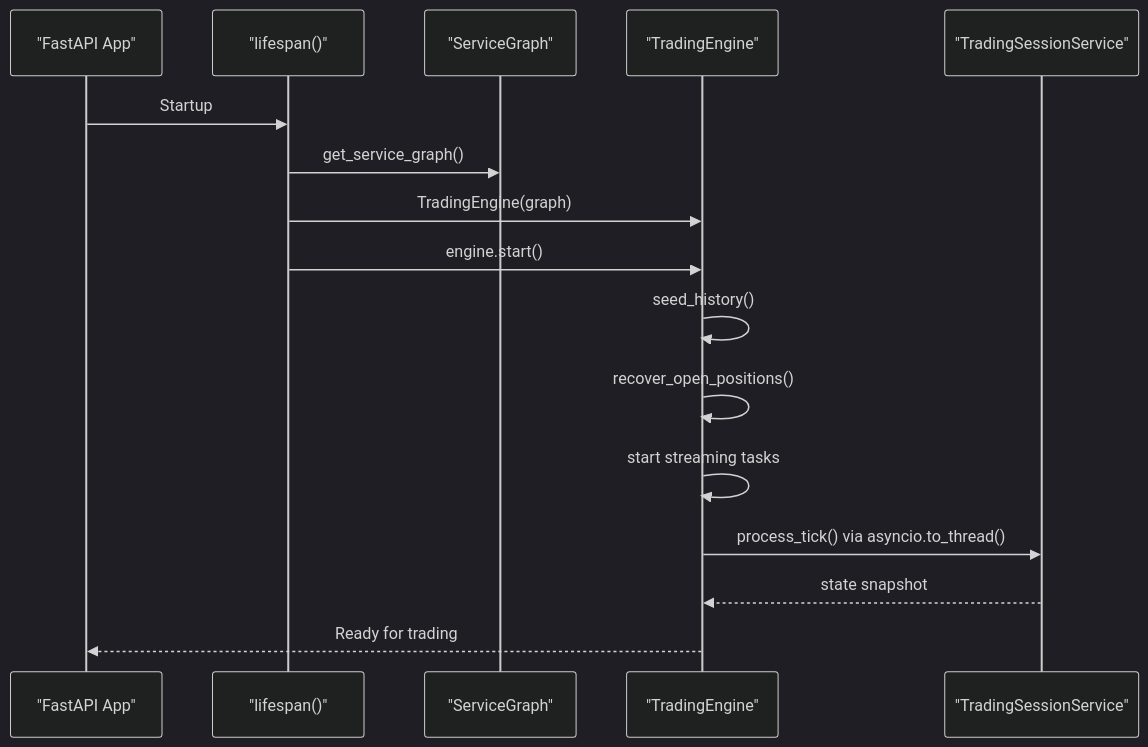
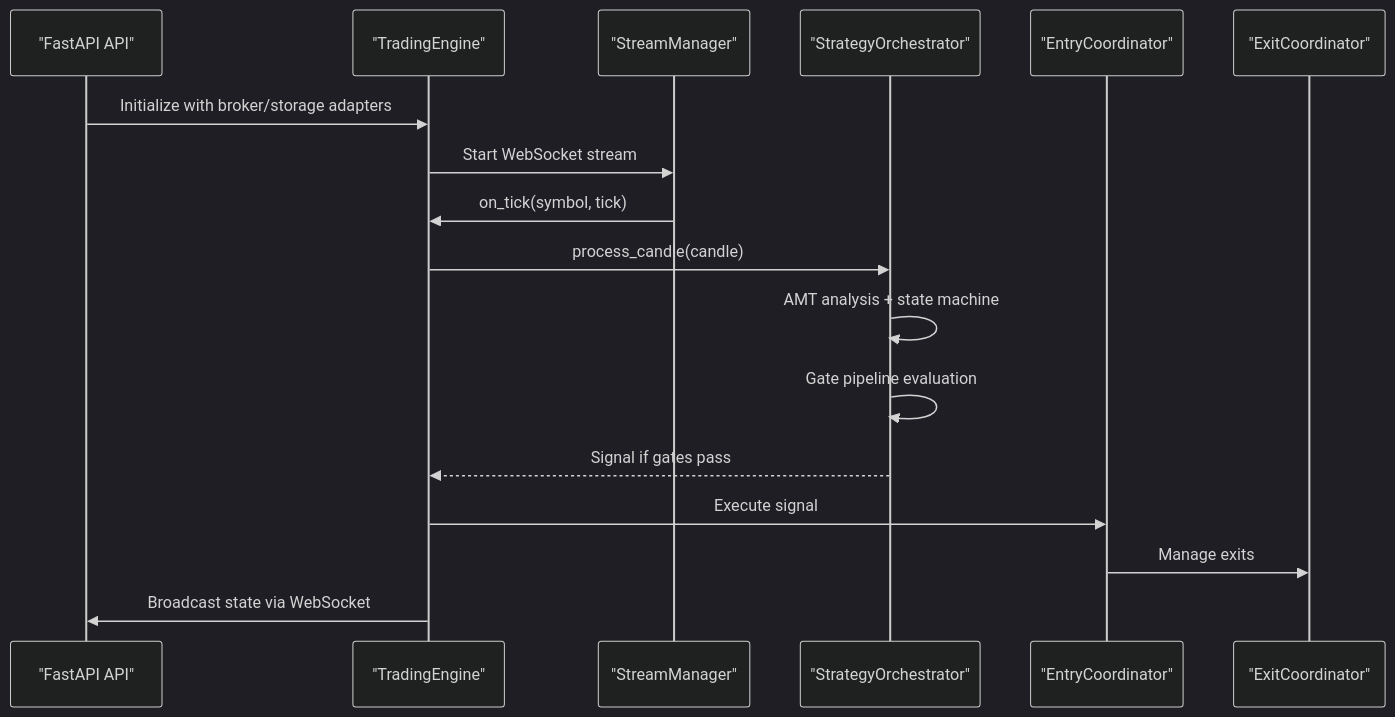
The third of 9 diagrams in .qoder/repowiki/en/content/System Overview/Architecture Overview.md (gemrajkhatry-maker/v5-of-glassytrade-ai), drawn with Mermaid (dark theme) before and after one commit. The commit also changed other lines of this file and 930 other files, not shown here.

````diff
--- a/.qoder/repowiki/en/content/System Overview/Architecture Overview.md
+++ b/.qoder/repowiki/en/content/System Overview/Architecture Overview.md
@@ -177,18 +178,19 @@
 ```mermaid
 sequenceDiagram
-participant App as "FastAPI App"
-participant Lifespan as "lifespan()"
-participant Graph as "ServiceGraph"
-participant Engine as "TradingEngine"
-participant Session as "TradingSessionService"
-App->>Lifespan : Startup
-Lifespan->>Graph : get_service_graph()
-Lifespan->>Engine : TradingEngine(graph)
-Lifespan->>Engine : engine.start()
-Engine->>Engine : seed_history()
-Engine->>Engine : recover_open_positions()
-Engine->>Engine : start streaming tasks
-Engine->>Session : process_tick() via asyncio.to_thread()
-Session-->>Engine : state snapshot
-Engine-->>App : Ready for trading
+participant API as "FastAPI API"
+participant TE as "TradingEngine"
+participant SM as "StreamManager"
+participant SO as "StrategyOrchestrator"
+participant ENTRY as "EntryCoordinator"
+participant EXIT as "ExitCoordinator"
+API->>TE : Initialize with broker/storage adapters
+TE->>SM : Start WebSocket stream
+SM->>TE : on_tick(symbol, tick)
+TE->>SO : process_candle(candle)
+SO->>SO : AMT analysis + state machine
+SO->>SO : Gate pipeline evaluation
+SO-->>TE : Signal if gates pass
+TE->>ENTRY : Execute signal
+ENTRY->>EXIT : Manage exits
+TE->>API : Broadcast state via WebSocket
 ```
````
